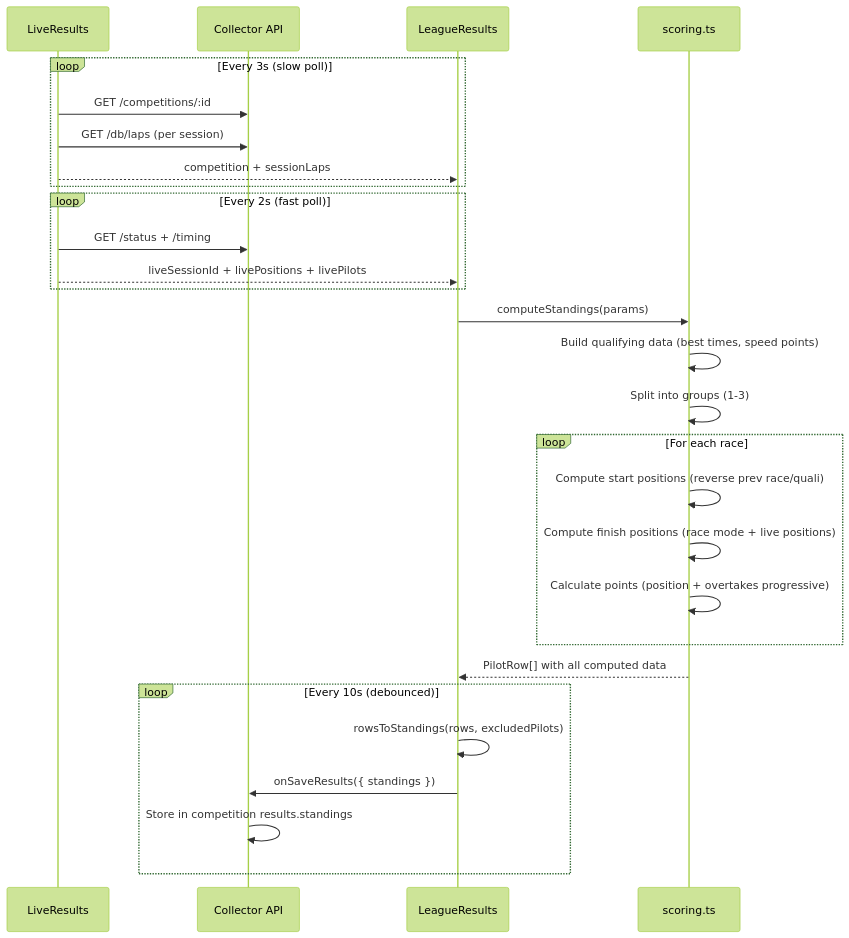
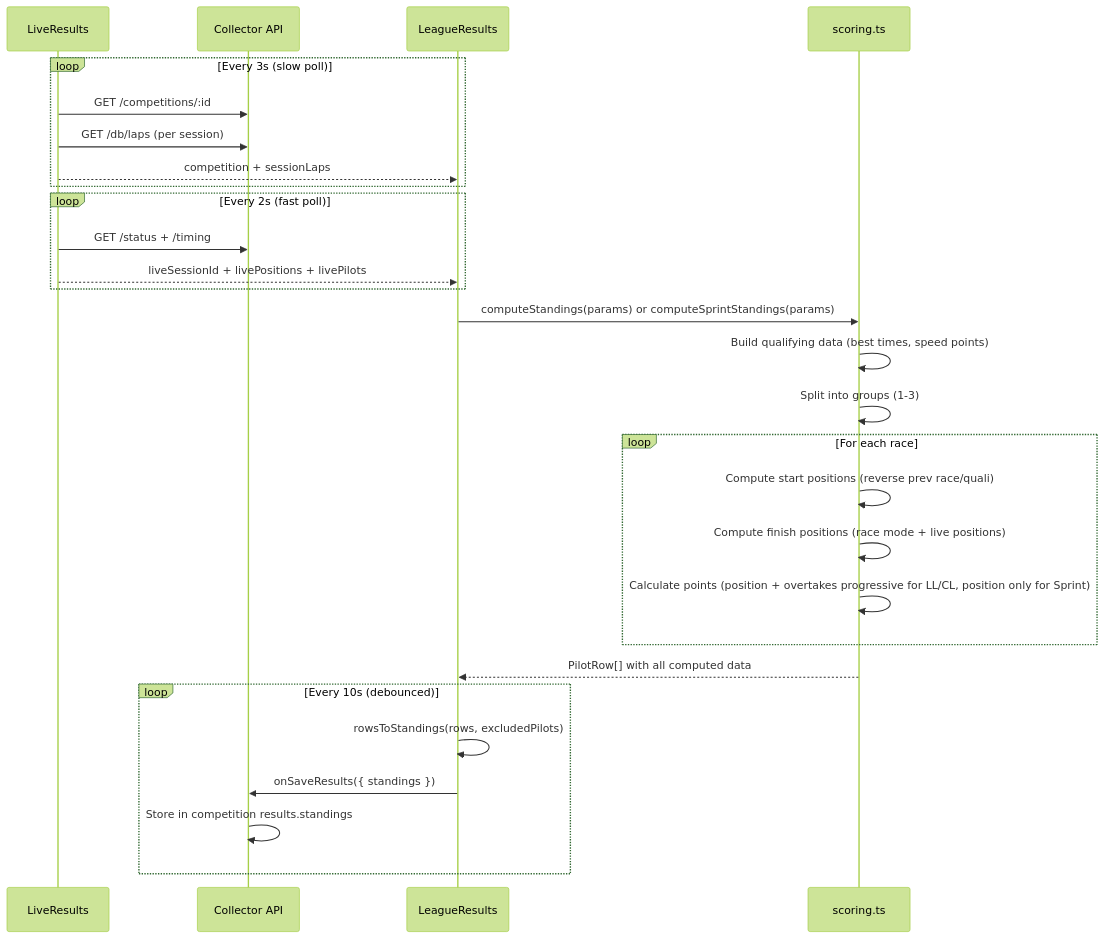
The fourth of 5 diagrams in docs/architecture.md (makandrol/karting), drawn with Mermaid (forest theme) before and after one commit. The commit also changed other lines of this file and 6 other files, not shown here.

````diff
--- a/docs/architecture.md
+++ b/docs/architecture.md
@@ -185,34 +185,34 @@
 ```mermaid
 sequenceDiagram
     participant LR as LiveResults
     participant API as Collector API
     participant League as LeagueResults
     participant Scoring as scoring.ts
 
     loop Every 3s (slow poll)
         LR->>API: GET /competitions/:id
         LR->>API: GET /db/laps (per session)
         LR-->>League: competition + sessionLaps
     end
 
     loop Every 2s (fast poll)
         LR->>API: GET /status + /timing
         LR-->>League: liveSessionId + livePositions + livePilots
     end
 
-    League->>Scoring: computeStandings(params)
+    League->>Scoring: computeStandings(params) or computeSprintStandings(params)
     Scoring->>Scoring: Build qualifying data (best times, speed points)
     Scoring->>Scoring: Split into groups (1-3)
     loop For each race
         Scoring->>Scoring: Compute start positions (reverse prev race/quali)
         Scoring->>Scoring: Compute finish positions (race mode + live positions)
-        Scoring->>Scoring: Calculate points (position + overtakes progressive)
+        Scoring->>Scoring: Calculate points (position + overtakes progressive for LL/CL, position only for Sprint)
     end
     Scoring-->>League: PilotRow[] with all computed data
 
     loop Every 10s (debounced)
         League->>League: rowsToStandings(rows, excludedPilots)
         League->>API: onSaveResults({ standings })
         API->>API: Store in competition results.standings
     end
 ```
````
